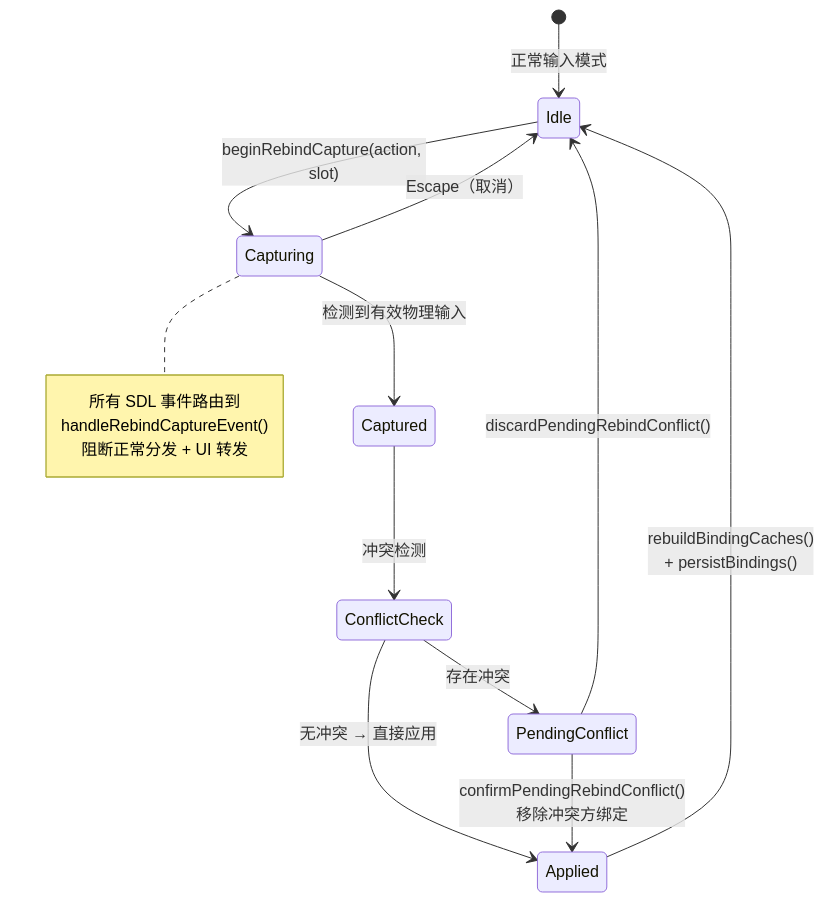
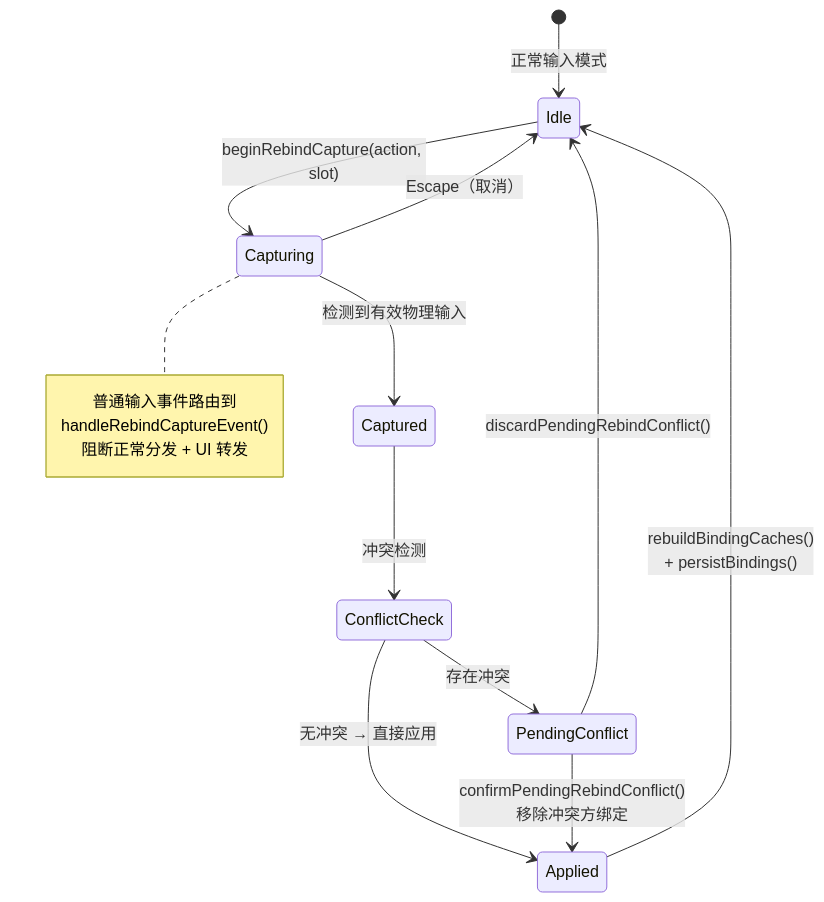
Diagram 12 of 16 in docs/engine/input_system.md (WispSnow/TinyFarmRPG), drawn with Mermaid before and after one commit. The commit also changed other lines of this file and 7 other files, not shown here.

````diff
--- a/docs/engine/input_system.md
+++ b/docs/engine/input_system.md
@@ -570,20 +573,20 @@
 ```mermaid
 stateDiagram-v2
     [*] --> Idle : 正常输入模式
 
     Idle --> Capturing : beginRebindCapture(action, slot)
-    note right of Capturing : 所有 SDL 事件路由到<br/>handleRebindCaptureEvent()<br/>阻断正常分发 + UI 转发
+    note right of Capturing : 普通输入事件路由到<br/>handleRebindCaptureEvent()<br/>阻断正常分发 + UI 转发
 
     Capturing --> Idle : Escape（取消）
     Capturing --> Captured : 检测到有效物理输入
 
     Captured --> ConflictCheck : 冲突检测
 
     ConflictCheck --> Applied : 无冲突 → 直接应用
     ConflictCheck --> PendingConflict : 存在冲突
 
     PendingConflict --> Applied : confirmPendingRebindConflict()<br/>移除冲突方绑定
     PendingConflict --> Idle : discardPendingRebindConflict()
 
     Applied --> Idle : rebuildBindingCaches()<br/>+ persistBindings()
 ```
````
